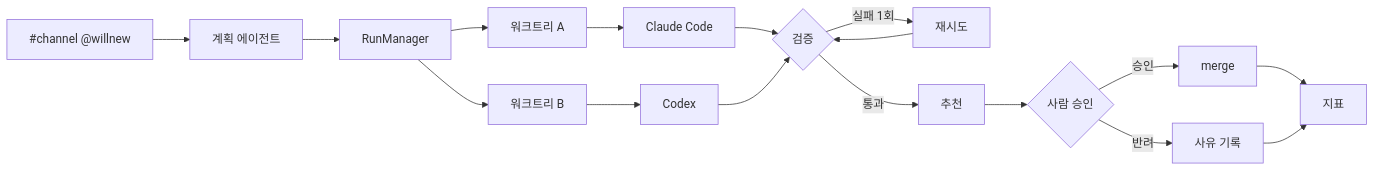
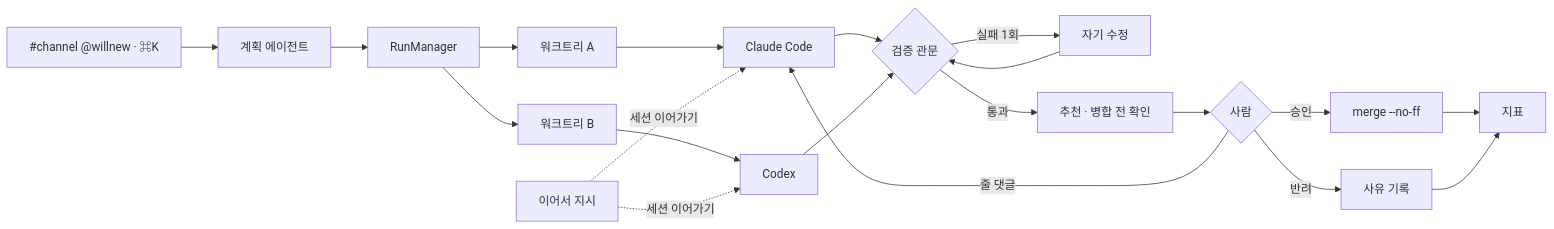
Before and after one commit to Haejyn/willnew: the diagram in README.md, drawn with Mermaid. The commit also changed other lines of this file and 40 other files, not shown here.

````diff
--- a/README.md
+++ b/README.md
@@ -56,13 +86,15 @@
 ```mermaid
 flowchart LR
-    U["#channel @willnew"] --> TR["계획 에이전트"]
+    U["#channel @willnew · ⌘K"] --> TR["계획 에이전트"]
     TR --> RM["RunManager"]
     RM --> W1["워크트리 A"] --> A1["Claude Code"]
     RM --> W2["워크트리 B"] --> A2["Codex"]
-    A1 & A2 --> V{"검증"}
-    V -->|실패 1회| R["재시도"] --> V
-    V -->|통과| S["추천"] --> H{"사람 승인"}
-    H -->|승인| M["merge"]
+    H1["이어서 지시"] -. 세션 이어가기 .-> A1 & A2
+    A1 & A2 --> V{"검증 관문"}
+    V -->|실패 1회| R["자기 수정"] --> V
+    V -->|통과| S["추천 · 병합 전 확인"] --> H{"사람"}
+    H -->|줄 댓글| A1
+    H -->|승인| M["merge --no-ff"]
     H -->|반려| X["사유 기록"]
     M & X --> K["지표"]
 ```
````
